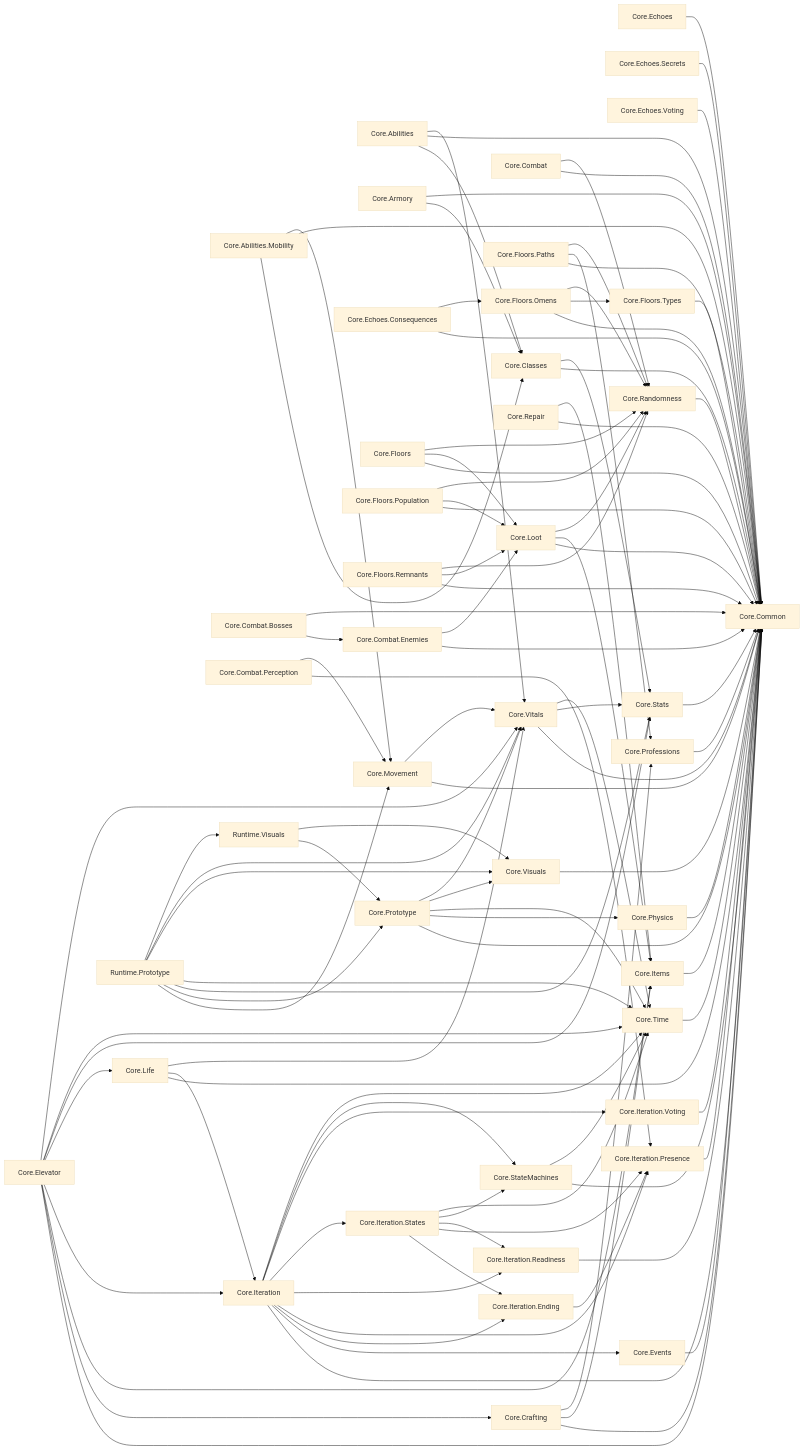
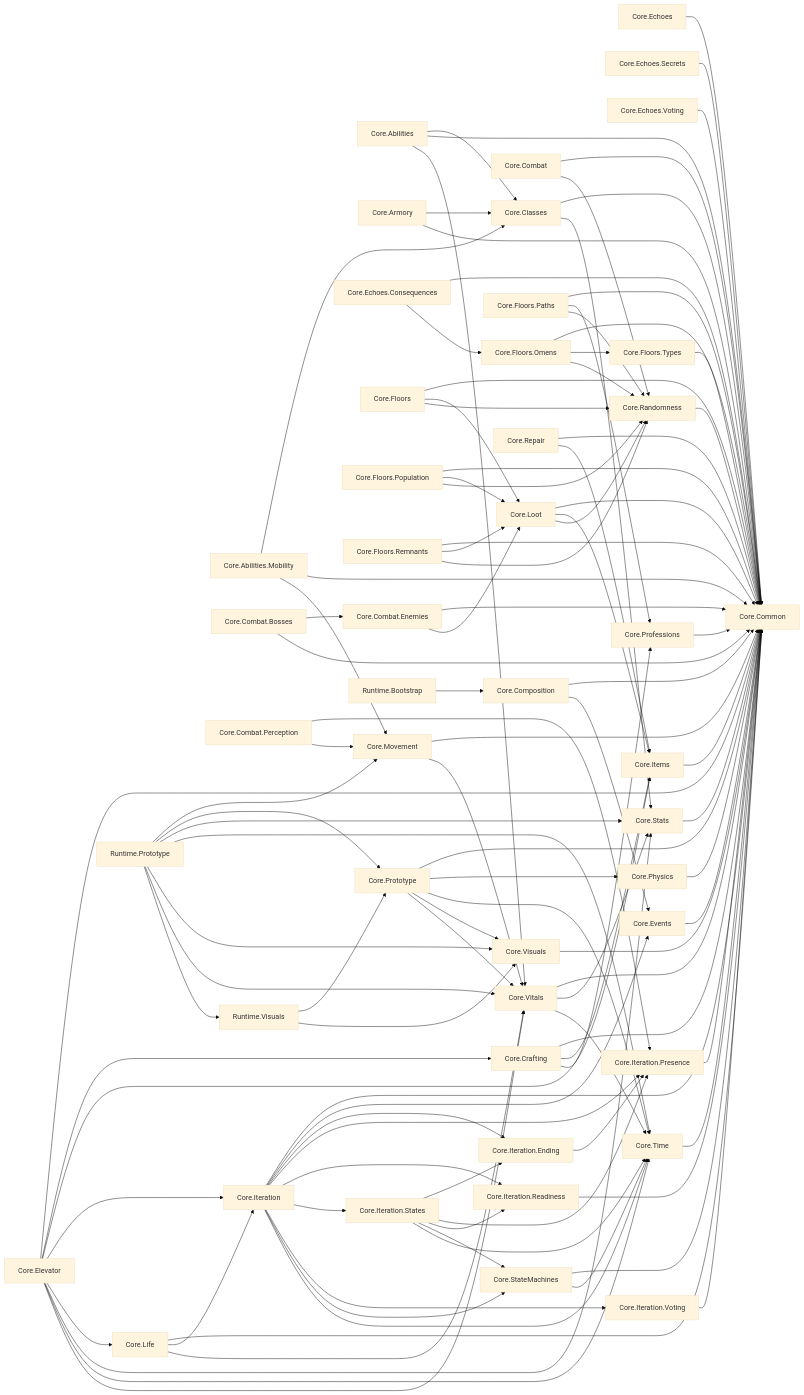
One commit to LazaroPol/Acensor changed the diagram in docs/arquitectura/GRAFO.md. Above: the diagram before and after it, drawn with Mermaid (base theme). The commit also changed 29 other files, not shown here.

````diff
--- a/docs/arquitectura/GRAFO.md
+++ b/docs/arquitectura/GRAFO.md
@@ -13,82 +13,86 @@
   n6["Core.Combat.Enemies"]
   n7["Core.Combat.Perception"]
   n8["Core.Common"]
-  n9["Core.Crafting"]
-  n10["Core.Echoes"]
-  n11["Core.Echoes.Consequences"]
-  n12["Core.Echoes.Secrets"]
-  n13["Core.Echoes.Voting"]
-  n14["Core.Elevator"]
-  n15["Core.Events"]
-  n16["Core.Floors"]
-  n17["Core.Floors.Omens"]
-  n18["Core.Floors.Paths"]
-  n19["Core.Floors.Population"]
-  n20["Core.Floors.Remnants"]
-  n21["Core.Floors.Types"]
-  n22["Core.Items"]
-  n23["Core.Iteration"]
-  n24["Core.Iteration.Ending"]
-  n25["Core.Iteration.Presence"]
-  n26["Core.Iteration.Readiness"]
-  n27["Core.Iteration.States"]
-  n28["Core.Iteration.Voting"]
-  n29["Core.Life"]
-  n30["Core.Loot"]
-  n31["Core.Movement"]
-  n32["Core.Physics"]
-  n33["Core.Professions"]
-  n34["Core.Prototype"]
-  n35["Core.Randomness"]
-  n36["Core.Repair"]
-  n37["Core.StateMachines"]
-  n38["Core.Stats"]
-  n39["Core.Time"]
-  n40["Core.Visuals"]
-  n41["Core.Vitals"]
-  n42["Runtime.Prototype"]
-  n43["Runtime.Visuals"]
-  n0 --> n3 & n8 & n41
-  n1 --> n3 & n8 & n31
+  n9["Core.Composition"]
+  n10["Core.Crafting"]
+  n11["Core.Echoes"]
+  n12["Core.Echoes.Consequences"]
+  n13["Core.Echoes.Secrets"]
+  n14["Core.Echoes.Voting"]
+  n15["Core.Elevator"]
+  n16["Core.Events"]
+  n17["Core.Floors"]
+  n18["Core.Floors.Omens"]
+  n19["Core.Floors.Paths"]
+  n20["Core.Floors.Population"]
+  n21["Core.Floors.Remnants"]
+  n22["Core.Floors.Types"]
+  n23["Core.Items"]
+  n24["Core.Iteration"]
+  n25["Core.Iteration.Ending"]
+  n26["Core.Iteration.Presence"]
+  n27["Core.Iteration.Readiness"]
+  n28["Core.Iteration.States"]
+  n29["Core.Iteration.Voting"]
+  n30["Core.Life"]
+  n31["Core.Loot"]
+  n32["Core.Movement"]
+  n33["Core.Physics"]
+  n34["Core.Professions"]
+  n35["Core.Prototype"]
+  n36["Core.Randomness"]
+  n37["Core.Repair"]
+  n38["Core.StateMachines"]
+  n39["Core.Stats"]
+  n40["Core.Time"]
+  n41["Core.Visuals"]
+  n42["Core.Vitals"]
+  n43["Runtime.Bootstrap"]
+  n44["Runtime.Prototype"]
+  n45["Runtime.Visuals"]
+  n0 --> n3 & n8 & n42
+  n1 --> n3 & n8 & n32
   n2 --> n3 & n8
-  n3 --> n8 & n38
-  n4 --> n8 & n35
+  n3 --> n8 & n39
+  n4 --> n8 & n36
   n5 --> n6 & n8
-  n6 --> n8 & n30
-  n7 --> n25 & n31
-  n9 --> n8 & n22 & n33
-  n10 --> n8
-  n11 --> n8 & n17
-  n12 --> n8
+  n6 --> n8 & n31
+  n7 --> n26 & n32
+  n9 --> n8 & n16
+  n10 --> n8 & n23 & n34
+  n11 --> n8
+  n12 --> n8 & n18
   n13 --> n8
-  n14 --> n8 & n9 & n22 & n23 & n29 & n38 & n39 & n41
-  n15 --> n8
-  n16 --> n8 & n30 & n35
-  n17 --> n8 & n21 & n35
-  n18 --> n8 & n33 & n35
-  n19 --> n8 & n30 & n35
-  n20 --> n8 & n30 & n35
-  n21 --> n8
+  n14 --> n8
+  n15 --> n8 & n10 & n23 & n24 & n30 & n39 & n40 & n42
+  n16 --> n8
+  n17 --> n8 & n31 & n36
+  n18 --> n8 & n22 & n36
+  n19 --> n8 & n34 & n36
+  n20 --> n8 & n31 & n36
+  n21 --> n8 & n31 & n36
   n22 --> n8
-  n23 --> n8 & n15 & n24 & n25 & n26 & n27 & n28 & n37 & n39
-  n24 --> n25
-  n25 --> n8
+  n23 --> n8
+  n24 --> n8 & n16 & n25 & n26 & n27 & n28 & n29 & n38 & n40
+  n25 --> n26
   n26 --> n8
-  n27 --> n24 & n25 & n26 & n37 & n39
-  n28 --> n8
-  n29 --> n8 & n23 & n41
-  n30 --> n8 & n22 & n35
-  n31 --> n8 & n41
-  n32 --> n8
+  n27 --> n8
+  n28 --> n25 & n26 & n27 & n38 & n40
+  n29 --> n8
+  n30 --> n8 & n24 & n42
+  n31 --> n8 & n23 & n36
+  n32 --> n8 & n42
   n33 --> n8
-  n34 --> n8 & n32 & n39 & n40 & n41
-  n35 --> n8
-  n36 --> n8 & n22
-  n37 --> n8 & n39
-  n38 --> n8
+  n34 --> n8
+  n35 --> n8 & n33 & n40 & n41 & n42
+  n36 --> n8
+  n37 --> n8 & n23
+  n38 --> n8 & n40
   n39 --> n8
   n40 --> n8
-  n41 --> n8 & n38 & n39
-  n42 --> n31 & n34 & n38 & n39 & n40 & n41 & n43
-  n43 --> n34 & n40
+  n41 --> n8
+  n42 --> n8 & n39 & n40
+  n43 --> n9
+  n44 --> n32 & n35 & n39 & n40 & n41 & n42 & n45
+  n45 --> n35 & n41
 ```
````
